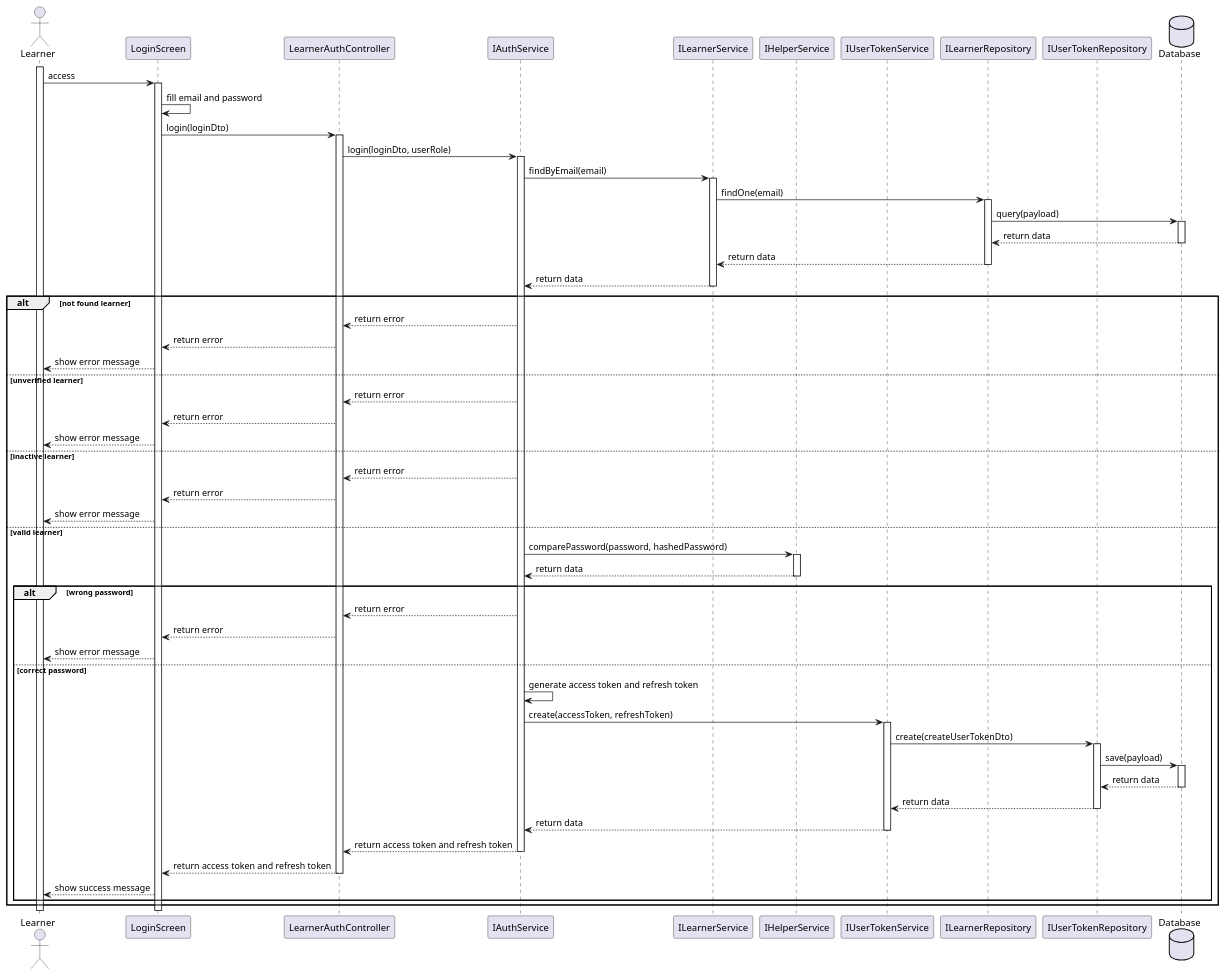
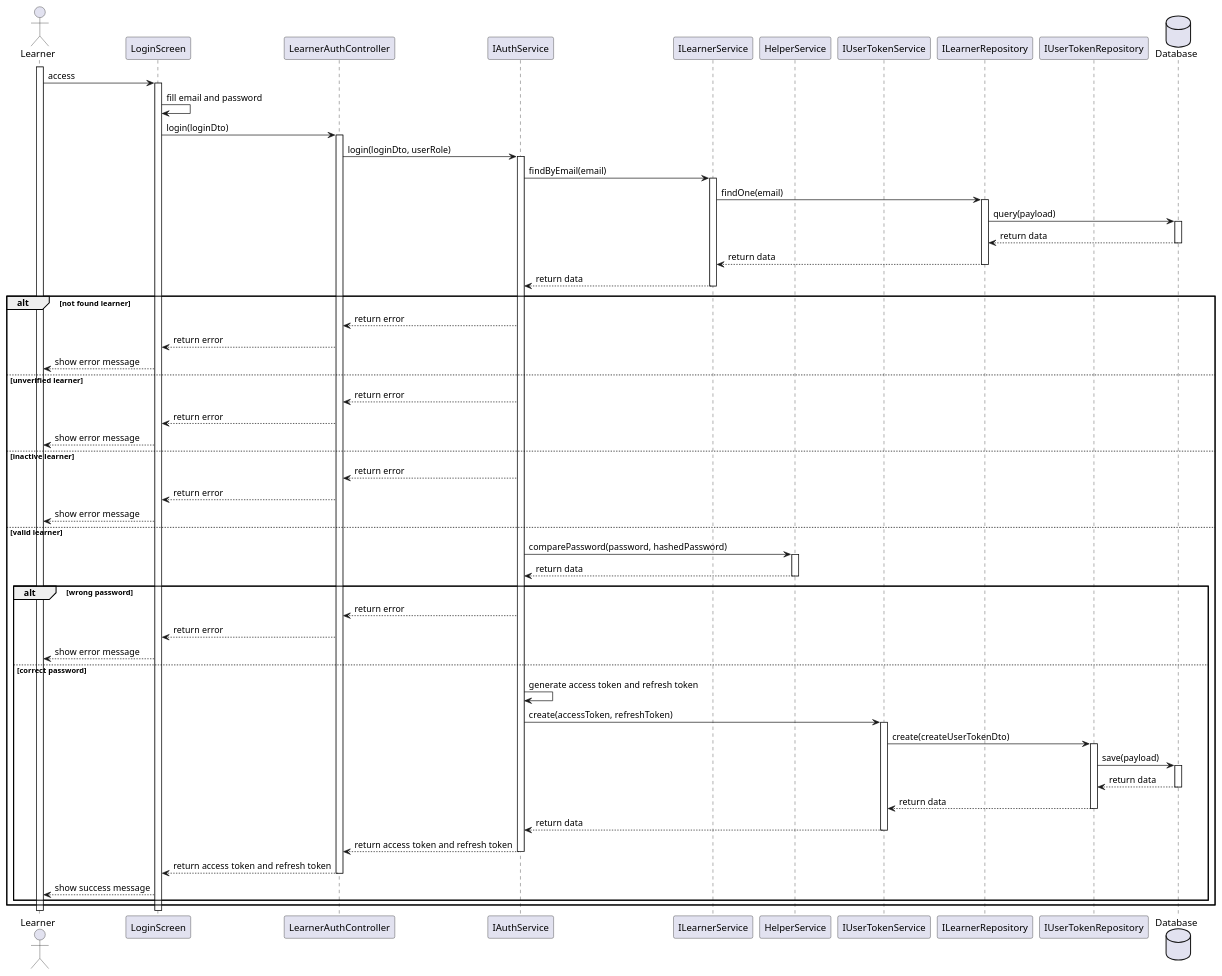
The diagram in .plantuml/sequence-diagram/Learner Login.plantuml (Deco-Team/orchidify-api), drawn with PlantUML before and after one commit. The commit also changed 8 other files, not shown here.

Commit message:
class diagram: attendance, auth, certificate, feedback, garden

```diff
--- a/.plantuml/sequence-diagram/Learner Login.plantuml
+++ b/.plantuml/sequence-diagram/Learner Login.plantuml
@@ -1,77 +1,77 @@
 @startuml
 
 actor Learner
 participant LoginScreen
 participant LearnerAuthController
 participant IAuthService
 participant ILearnerService
-participant IHelperService
+participant HelperService
 participant IUserTokenService
 participant ILearnerRepository
 participant IUserTokenRepository
 database Database
 
 activate Learner
 Learner -> LoginScreen: access
 activate LoginScreen
 LoginScreen -> LoginScreen: fill email and password
 LoginScreen -> LearnerAuthController: login(loginDto)
 activate LearnerAuthController
 LearnerAuthController -> IAuthService: login(loginDto, userRole)
 activate IAuthService
 IAuthService -> ILearnerService: findByEmail(email)
 activate ILearnerService
 ILearnerService ->ILearnerRepository: findOne(email)
 activate ILearnerRepository
 ILearnerRepository -> Database: query(payload)
 activate Database
 Database --> ILearnerRepository: return data
 deactivate Database
 ILearnerRepository --> ILearnerService: return data
 deactivate ILearnerRepository
 ILearnerService --> IAuthService: return data
 deactivate ILearnerService
 alt not found learner 
     IAuthService --> LearnerAuthController: return error
     LearnerAuthController --> LoginScreen: return error
     LoginScreen --> Learner: show error message
 else unverified learner
     IAuthService --> LearnerAuthController: return error
     LearnerAuthController --> LoginScreen: return error
     LoginScreen --> Learner: show error message
 else inactive learner
     IAuthService --> LearnerAuthController: return error
     LearnerAuthController --> LoginScreen: return error
     LoginScreen --> Learner: show error message
 else valid learner
-    IAuthService -> IHelperService: comparePassword(password, hashedPassword)
-    activate IHelperService
-    IHelperService --> IAuthService: return data
-    deactivate IHelperService
+    IAuthService -> HelperService: comparePassword(password, hashedPassword)
+    activate HelperService
+    HelperService --> IAuthService: return data
+    deactivate HelperService
     alt wrong password
         IAuthService --> LearnerAuthController: return error
         LearnerAuthController --> LoginScreen: return error
         LoginScreen --> Learner: show error message
     else correct password
         IAuthService -> IAuthService: generate access token and refresh token
         IAuthService -> IUserTokenService: create(accessToken, refreshToken)
         activate IUserTokenService
         IUserTokenService -> IUserTokenRepository: create(createUserTokenDto)
         activate IUserTokenRepository
         IUserTokenRepository -> Database: save(payload)
         activate Database
         Database --> IUserTokenRepository: return data
         deactivate Database
         IUserTokenRepository --> IUserTokenService: return data
         deactivate IUserTokenRepository
         IUserTokenService --> IAuthService: return data
         deactivate IUserTokenService
         IAuthService --> LearnerAuthController: return access token and refresh token
         deactivate IAuthService
         LearnerAuthController --> LoginScreen: return access token and refresh token
         deactivate LearnerAuthController
         LoginScreen --> Learner: show success message
     end
 end
 
 @enduml
```
